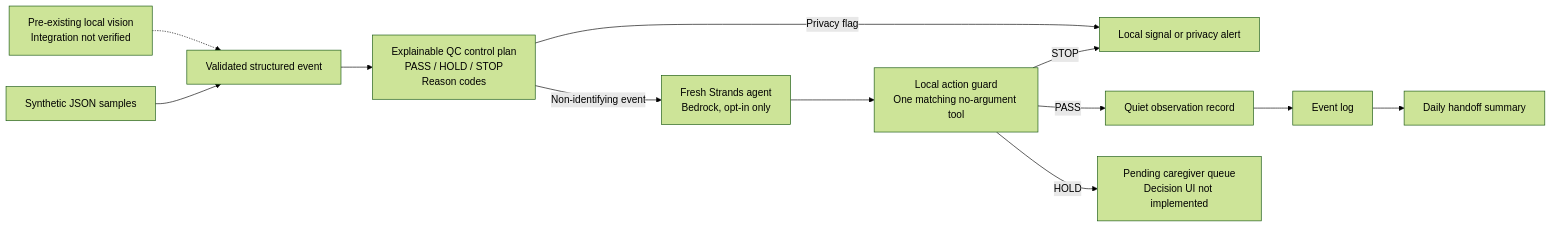
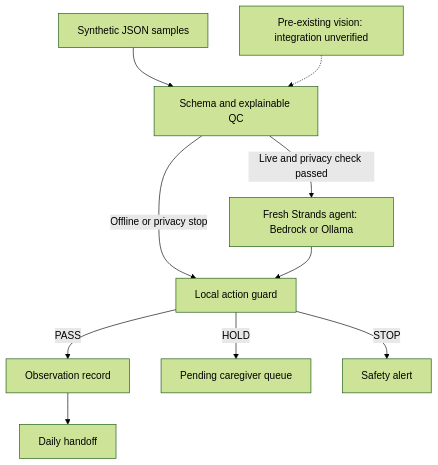
One commit to mainitika-ship-it/yasashii-bowel-care-agent changed the diagram in docs/architecture.md. Above: the diagram before and after it, drawn with Mermaid (forest theme). The commit also changed other lines of this file and 20 other files, not shown here.

Commit message:
Add optional local Strands model route and verified hackathon materials

````diff
--- a/docs/architecture.md
+++ b/docs/architecture.md
@@ -3,14 +7,12 @@
 ```mermaid
-flowchart LR
-    B[Pre-existing local vision\nIntegration not verified] -.-> C[Validated structured event]
-    A[Synthetic JSON samples] --> C
-    C --> D[Explainable QC control plan\nPASS / HOLD / STOP\nReason codes]
-    D -->|Privacy flag| H[Local signal or privacy alert]
-    D -->|Non-identifying event| E[Fresh Strands agent\nBedrock, opt-in only]
-    E --> K[Local action guard\nOne matching no-argument tool]
-    K -->|PASS| F[Quiet observation record]
-    K -->|HOLD| G[Pending caregiver queue\nDecision UI not implemented]
-    K -->|STOP| H
-    F --> I[Event log]
-    I --> J[Daily handoff summary]
+flowchart TD
+    A[Synthetic JSON samples] --> C[Schema and explainable QC]
+    B[Pre-existing vision: integration unverified] -.-> C
+    C -->|Live and privacy check passed| E[Fresh Strands agent: Bedrock or Ollama]
+    C -->|Offline or privacy stop| K[Local action guard]
+    E --> K
+    K -->|PASS| F[Observation record]
+    K -->|HOLD| G[Pending caregiver queue]
+    K -->|STOP| H[Safety alert]
+    F --> J[Daily handoff]
 ```
````
